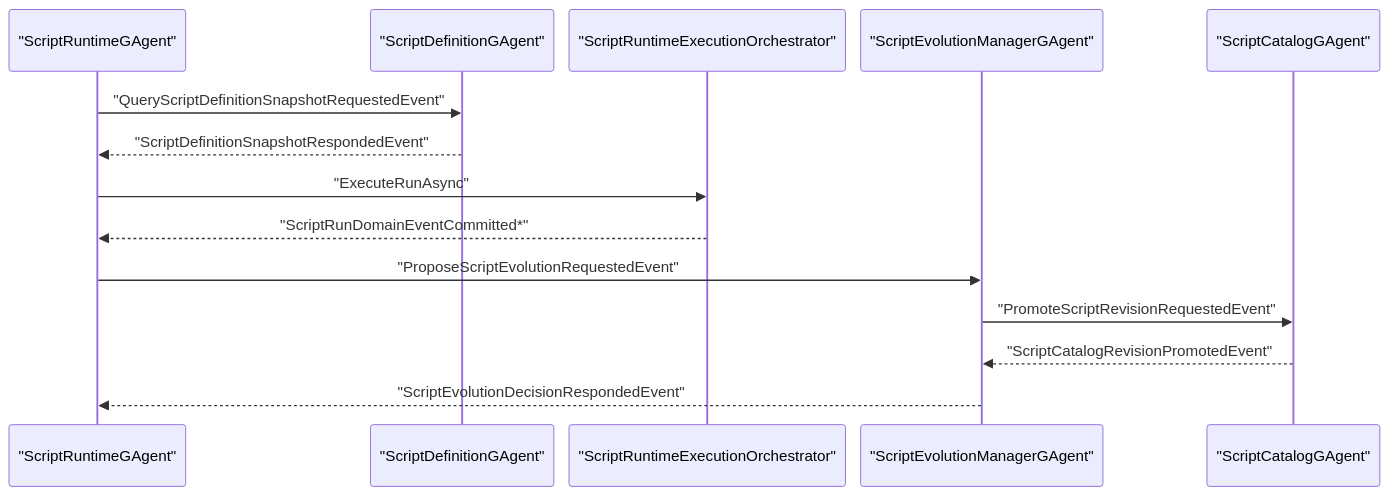
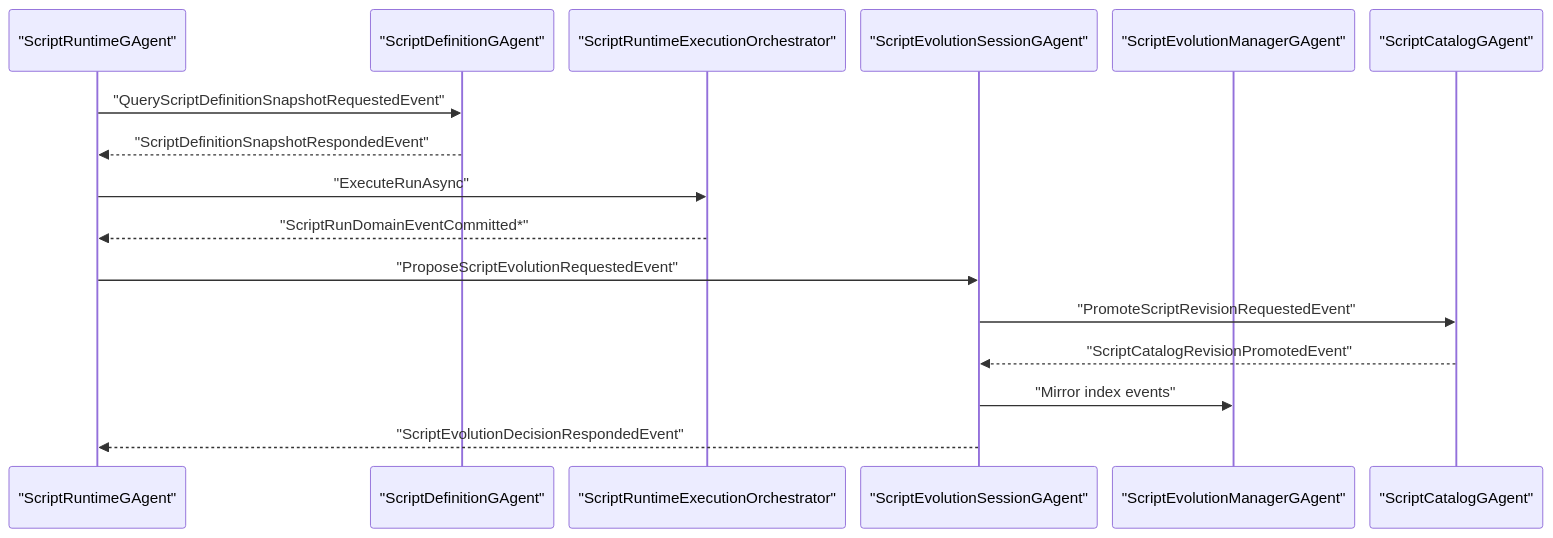
Before and after one commit to aevatarAI/aevatar: the second of 2 diagrams in docs/SCRIPTING_ARCHITECTURE.md, drawn with Mermaid. The commit also changed other lines of this file and 36 other files, not shown here.

First line of the commit message:
Refactor scripting architecture and enhance script evolution handling

````diff
--- a/docs/SCRIPTING_ARCHITECTURE.md
+++ b/docs/SCRIPTING_ARCHITECTURE.md
@@ -170,19 +179,21 @@
 ```mermaid
 %%{init: {"maxTextSize": 100000, "flowchart": {"useMaxWidth": false, "nodeSpacing": 10, "rankSpacing": 50}, "sequence": {"useMaxWidth": false, "actorMargin": 16, "messageMargin": 12, "diagramMarginX": 20, "diagramMarginY": 10}, "themeVariables": {"fontSize": "10px"}}}%%
 sequenceDiagram
     participant RT as "ScriptRuntimeGAgent"
     participant DEF as "ScriptDefinitionGAgent"
     participant ORC as "ScriptRuntimeExecutionOrchestrator"
-    participant EVO as "ScriptEvolutionManagerGAgent"
+    participant SES as "ScriptEvolutionSessionGAgent"
+    participant MGR as "ScriptEvolutionManagerGAgent"
     participant CAT as "ScriptCatalogGAgent"
 
     RT->>DEF: "QueryScriptDefinitionSnapshotRequestedEvent"
     DEF-->>RT: "ScriptDefinitionSnapshotRespondedEvent"
     RT->>ORC: "ExecuteRunAsync"
     ORC-->>RT: "ScriptRunDomainEventCommitted*"
 
-    RT->>EVO: "ProposeScriptEvolutionRequestedEvent"
-    EVO->>CAT: "PromoteScriptRevisionRequestedEvent"
-    CAT-->>EVO: "ScriptCatalogRevisionPromotedEvent"
-    EVO-->>RT: "ScriptEvolutionDecisionRespondedEvent"
+    RT->>SES: "ProposeScriptEvolutionRequestedEvent"
+    SES->>CAT: "PromoteScriptRevisionRequestedEvent"
+    CAT-->>SES: "ScriptCatalogRevisionPromotedEvent"
+    SES->>MGR: "Mirror index events"
+    SES-->>RT: "ScriptEvolutionDecisionRespondedEvent"
 ```
````
